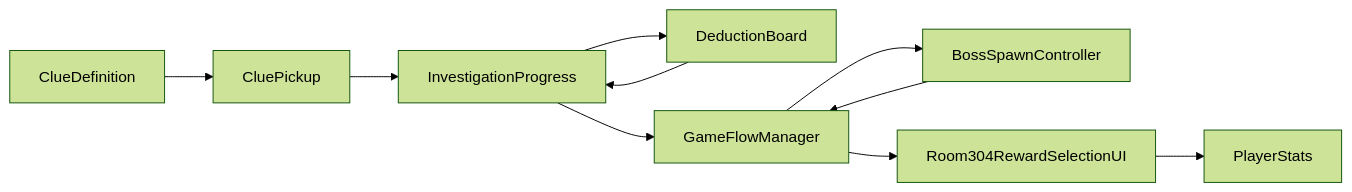
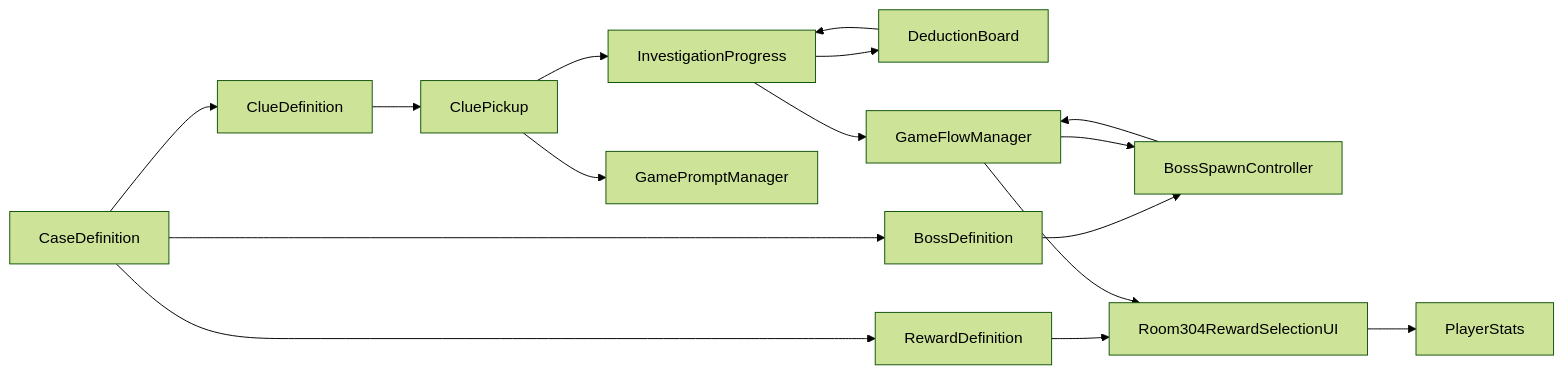
The third of 3 diagrams in Docs/Architecture.md (Vaenix/LostCity), drawn with Mermaid (forest theme) before and after one commit. The commit also changed other lines of this file and 73 other files, not shown here.

````diff
--- a/Docs/Architecture.md
+++ b/Docs/Architecture.md
@@ -67,21 +68,31 @@
 ```mermaid
 flowchart LR
+    Case["CaseDefinition"]
     Clue["ClueDefinition"]
     Pickup["CluePickup"]
     Progress["InvestigationProgress"]
     Board["DeductionBoard"]
     Flow["GameFlowManager"]
+    BossData["BossDefinition"]
     Boss["BossSpawnController"]
+    RewardData["RewardDefinition"]
     Reward["Room304RewardSelectionUI"]
     Stats["PlayerStats"]
+    Prompt["GamePromptManager"]
 
+    Case --> Clue
+    Case --> BossData
+    Case --> RewardData
     Clue --> Pickup
     Pickup --> Progress
+    Pickup --> Prompt
     Progress --> Board
     Board --> Progress
     Progress --> Flow
+    BossData --> Boss
     Flow --> Boss
     Boss --> Flow
+    RewardData --> Reward
     Flow --> Reward
     Reward --> Stats
 ```
````
